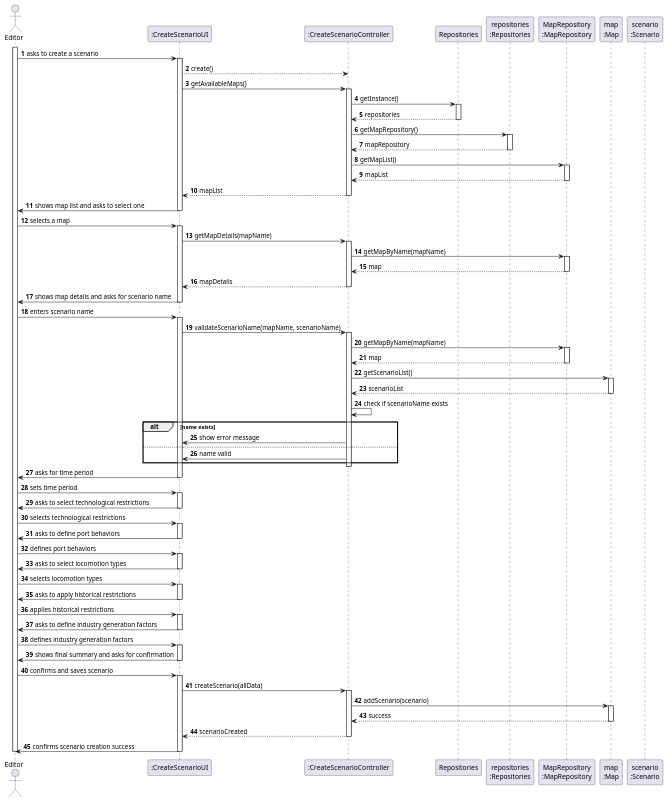
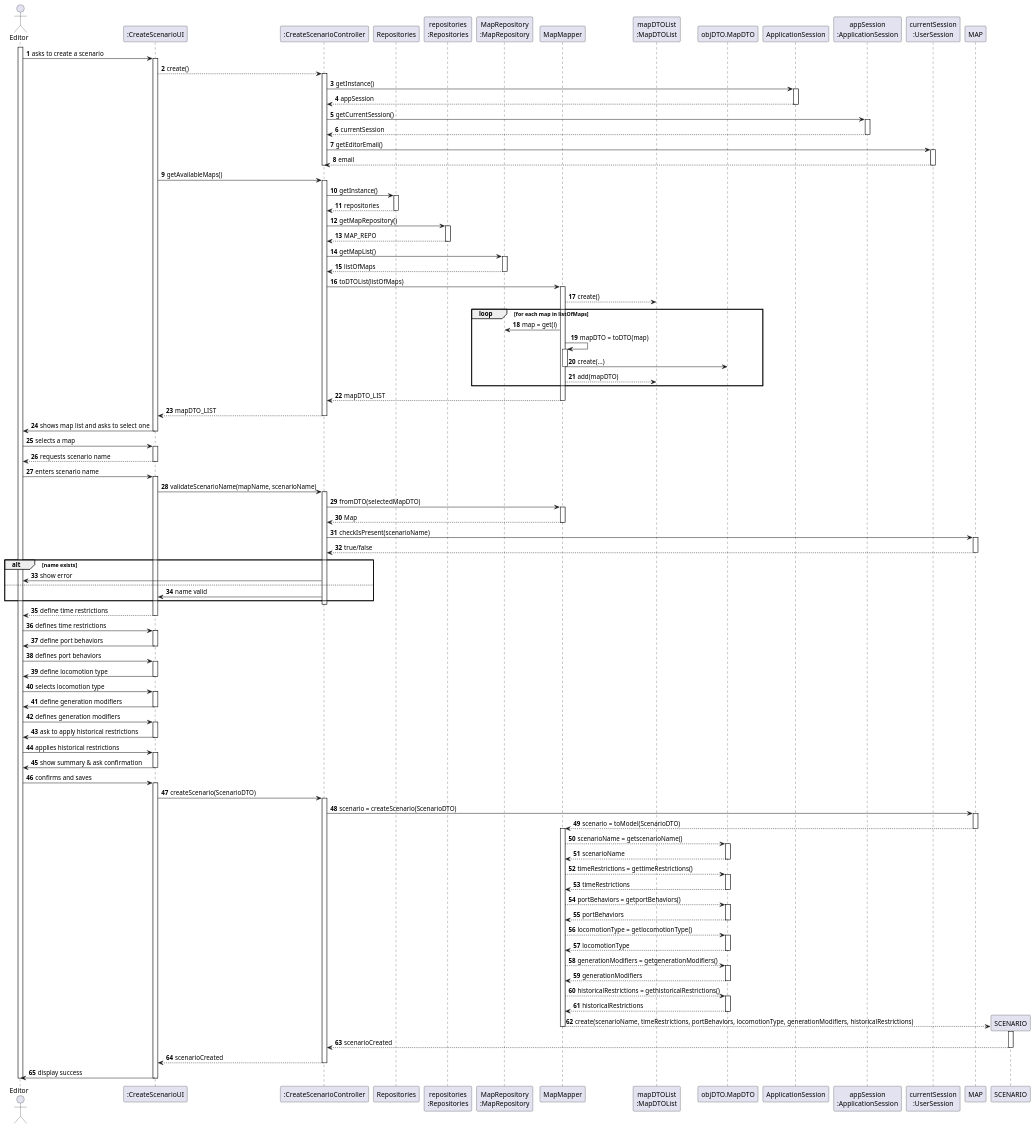
The diagram in docs/system-documentation/sprint 3/US04/03.design/puml/US004-SD-full.puml (Educ00/mdisc-2425), drawn with PlantUML before and after one commit. The commit also changed 9 other files, not shown here.

```diff
--- a/docs/system-documentation/sprint 3/US04/03.design/puml/US004-SD-full.puml
+++ b/docs/system-documentation/sprint 3/US04/03.design/puml/US004-SD-full.puml
@@ -1,123 +1,189 @@
 @startuml
 skinparam packageStyle rectangle
 skinparam shadowing false
 autonumber
 
 actor "Editor" as EDITOR
 participant ":CreateScenarioUI" as UI
 participant ":CreateScenarioController" as CTRL
 participant "Repositories" as REPOS
 participant "repositories\n:Repositories" as REPOS_SINGLETON
 participant "MapRepository\n:MapRepository" as MAP_REPO
-participant "map\n:Map" as MAP
-participant "scenario\n:Scenario" as SCENARIO
+participant "MapMapper" as MAP_MAPPER
+participant "mapDTOList\n:MapDTOList" as DTO_LIST
+participant "objDTO.MapDTO" as DTO
+participant "ApplicationSession" as APP_SESSION
+participant "appSession\n:ApplicationSession" as APP_SESSION_SINGLETON
+participant "currentSession\n:UserSession" as CURRENT_SESSION
+
 
 activate EDITOR
-    EDITOR -> UI : asks to create a scenario
-    activate UI
-        UI --> CTRL : create()
+EDITOR -> UI : asks to create a scenario
+activate UI
+UI --> CTRL : create()
 
-        UI -> CTRL : getAvailableMaps()
-        activate CTRL
-            CTRL -> REPOS : getInstance()
-            activate REPOS
-                REPOS --> CTRL : repositories
-            deactivate REPOS
+activate CTRL
+CTRL -> APP_SESSION: getInstance()
+activate APP_SESSION
+APP_SESSION --> CTRL: appSession
+deactivate APP_SESSION
 
-            CTRL -> REPOS_SINGLETON : getMapRepository()
-            activate REPOS_SINGLETON
-                REPOS_SINGLETON --> CTRL : mapRepository
-            deactivate REPOS_SINGLETON
+CTRL -> APP_SESSION_SINGLETON: getCurrentSession()
+activate APP_SESSION_SINGLETON
+APP_SESSION_SINGLETON --> CTRL: currentSession
+deactivate APP_SESSION_SINGLETON
 
-            CTRL -> MAP_REPO : getMapList()
-            activate MAP_REPO
-                MAP_REPO --> CTRL : mapList
-            deactivate MAP_REPO
+CTRL -> CURRENT_SESSION: getEditorEmail()
+activate CURRENT_SESSION
+CURRENT_SESSION --> CTRL: email
+deactivate CURRENT_SESSION
+deactivate CTRL
 
-            CTRL --> UI : mapList
-        deactivate CTRL
-        UI -> EDITOR : shows map list and asks to select one
-    deactivate UI
+UI -> CTRL : getAvailableMaps()
+activate CTRL
+CTRL -> REPOS : getInstance()
+activate REPOS
+REPOS --> CTRL : repositories
+deactivate REPOS
 
-    EDITOR -> UI : selects a map
-    activate UI
-        UI -> CTRL : getMapDetails(mapName)
-        activate CTRL
-            CTRL -> MAP_REPO : getMapByName(mapName)
-            activate MAP_REPO
-                MAP_REPO --> CTRL : map
-            deactivate MAP_REPO
-            CTRL --> UI : mapDetails
-        deactivate CTRL
-        UI -> EDITOR : shows map details and asks for scenario name
-    deactivate UI
+CTRL -> REPOS_SINGLETON : getMapRepository()
+activate REPOS_SINGLETON
+REPOS_SINGLETON --> CTRL : MAP_REPO
+deactivate REPOS_SINGLETON
 
-    EDITOR -> UI : enters scenario name
-    activate UI
-        UI -> CTRL : validateScenarioName(mapName, scenarioName)
-        activate CTRL
-            CTRL -> MAP_REPO : getMapByName(mapName)
-            activate MAP_REPO
-                MAP_REPO --> CTRL : map
-            deactivate MAP_REPO
-            CTRL -> MAP : getScenarioList()
-            activate MAP
-                MAP --> CTRL : scenarioList
-            deactivate MAP
-            CTRL -> CTRL : check if scenarioName exists
-            alt name exists
-                CTRL -> UI : show error message
+CTRL -> MAP_REPO : getMapList()
+activate MAP_REPO
+MAP_REPO --> CTRL : listOfMaps
+deactivate MAP_REPO
 
-            else
-                CTRL -> UI : name valid
-            end
-        deactivate CTRL
+CTRL -> MAP_MAPPER : toDTOList(listOfMaps)
+activate MAP_MAPPER
+MAP_MAPPER --> DTO_LIST : create()
 
-        UI -> EDITOR : asks for time period
-    deactivate UI
+loop for each map in listOfMaps
+    MAP_MAPPER -> MAP_REPO : map = get(i)
+    MAP_MAPPER -> MAP_MAPPER : mapDTO = toDTO(map)
+    activate MAP_MAPPER
+    MAP_MAPPER -> DTO : create(...)
+    deactivate MAP_MAPPER
+    MAP_MAPPER --> DTO_LIST : add(mapDTO)
+end loop
 
-    EDITOR -> UI : sets time period
-    activate UI
-        UI -> EDITOR : asks to select technological restrictions
-    deactivate UI
+MAP_MAPPER --> CTRL : mapDTO_LIST
+deactivate MAP_MAPPER
 
-    EDITOR -> UI : selects technological restrictions
-    activate UI
-        UI -> EDITOR : asks to define port behaviors
-    deactivate UI
+CTRL --> UI : mapDTO_LIST
+deactivate CTRL
+UI -> EDITOR : shows map list and asks to select one
+deactivate UI
 
-    EDITOR -> UI : defines port behaviors
-    activate UI
-        UI -> EDITOR : asks to select locomotion types
-    deactivate UI
+EDITOR -> UI : selects a map
+activate UI
+UI --> EDITOR : requests scenario name
+deactivate UI
 
-    EDITOR -> UI : selects locomotion types
-    activate UI
-        UI -> EDITOR : asks to apply historical restrictions
-    deactivate UI
+EDITOR -> UI : enters scenario name
+activate UI
+UI -> CTRL : validateScenarioName(mapName, scenarioName)
+activate CTRL
 
-    EDITOR -> UI : applies historical restrictions
-    activate UI
-        UI -> EDITOR : asks to define industry generation factors
-    deactivate UI
+CTRL -> MAP_MAPPER : fromDTO(selectedMapDTO)
+activate MAP_MAPPER
+MAP_MAPPER --> CTRL : Map
+deactivate MAP_MAPPER
 
-    EDITOR -> UI : defines industry generation factors
-    activate UI
-        UI -> EDITOR : shows final summary and asks for confirmation
-    deactivate UI
+CTRL -> MAP : checkIsPresent(scenarioName)
+activate MAP
+MAP --> CTRL : true/false
+deactivate MAP
 
-    EDITOR -> UI : confirms and saves scenario
-    activate UI
-        UI -> CTRL : createScenario(allData)
-        activate CTRL
-            CTRL -> MAP : addScenario(scenario)
-            activate MAP
-                MAP --> CTRL : success
-            deactivate MAP
-            CTRL --> UI : scenarioCreated
-        deactivate CTRL
-        UI -> EDITOR : confirms scenario creation success
-    deactivate UI
+alt name exists
+    CTRL -> EDITOR : show error
+else
+    CTRL -> UI : name valid
+end
+deactivate CTRL
 
+UI --> EDITOR: define time restrictions
+deactivate UI
+
+EDITOR -> UI: defines time restrictions
+activate UI
+UI -> EDITOR : define port behaviors
+deactivate UI
+
+EDITOR -> UI : defines port behaviors
+activate UI
+UI -> EDITOR : define locomotion type
+deactivate UI
+
+EDITOR -> UI : selects locomotion type
+activate UI
+UI -> EDITOR : define generation modifiers
+deactivate UI
+
+EDITOR -> UI : defines generation modifiers
+activate UI
+UI -> EDITOR : ask to apply historical restrictions
+deactivate UI
+
+EDITOR -> UI : applies historical restrictions
+activate UI
+UI -> EDITOR : show summary & ask confirmation
+deactivate UI
+
+EDITOR -> UI : confirms and saves
+activate UI
+UI -> CTRL : createScenario(ScenarioDTO)
+activate CTRL
+
+CTRL -> MAP : scenario = createScenario(ScenarioDTO)
+activate MAP
+MAP --> MAP_MAPPER : scenario = toModel(ScenarioDTO)
+deactivate MAP
+activate MAP_MAPPER
+
+MAP_MAPPER --> DTO : scenarioName = getscenarioName()
+activate DTO
+DTO --> MAP_MAPPER : scenarioName
+deactivate DTO
+
+MAP_MAPPER --> DTO : timeRestrictions = gettimeRestrictions()
+activate DTO
+DTO --> MAP_MAPPER : timeRestrictions
+deactivate DTO
+
+MAP_MAPPER --> DTO : portBehaviors = getportBehaviors()
+activate DTO
+DTO --> MAP_MAPPER : portBehaviors
+deactivate DTO
+
+MAP_MAPPER --> DTO : locomotionType = getlocomotionType()
+activate DTO
+DTO --> MAP_MAPPER : locomotionType
+deactivate DTO
+
+MAP_MAPPER --> DTO : generationModifiers = getgenerationModifiers()
+activate DTO
+DTO --> MAP_MAPPER : generationModifiers
+deactivate DTO
+
+MAP_MAPPER --> DTO : historicalRestrictions = gethistoricalRestrictions()
+activate DTO
+DTO --> MAP_MAPPER : historicalRestrictions
+deactivate DTO
+
+MAP_MAPPER --> SCENARIO ** : create(scenarioName, timeRestrictions, portBehaviors, locomotionType, generationModifiers, historicalRestrictions)
+deactivate MAP_MAPPER
+activate SCENARIO
+
+SCENARIO --> CTRL : scenarioCreated
+deactivate
+
+CTRL --> UI : scenarioCreated
+deactivate CTRL
+
+UI -> EDITOR : display success
+deactivate UI
 deactivate EDITOR
 @enduml
```
